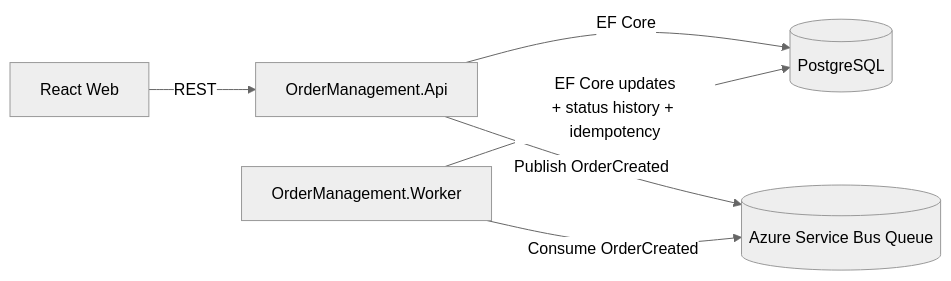
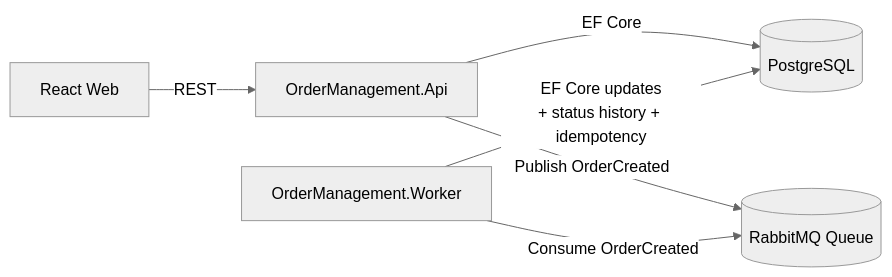
The diagram in README.md (natyesilva/order-management), drawn with Mermaid (neutral theme) before and after one commit. The commit also changed other lines of this file and 164 other files, not shown here.

````diff
--- a/README.md
+++ b/README.md
@@ -14,8 +18,8 @@
 ```mermaid
 flowchart LR
   UI[React Web] -->|REST| API[OrderManagement.Api]
   API -->|EF Core| PG[(PostgreSQL)]
-  API -->|Publish OrderCreated| ASB[(Azure Service Bus Queue)]
-  WK[OrderManagement.Worker] -->|Consume OrderCreated| ASB
+  API -->|Publish OrderCreated| RMQ[(RabbitMQ Queue)]
+  WK[OrderManagement.Worker] -->|Consume OrderCreated| RMQ
   WK -->|EF Core updates\n+ status history + idempotency| PG
 ```
````
